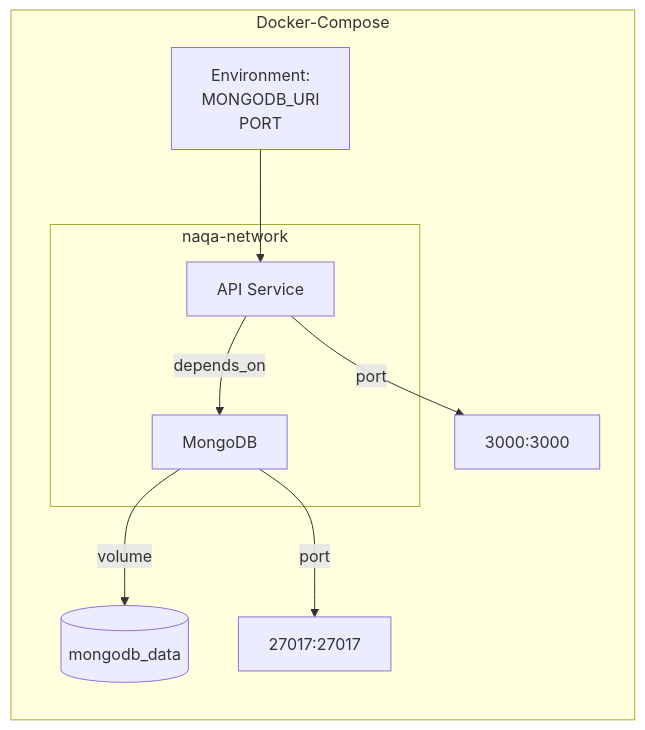
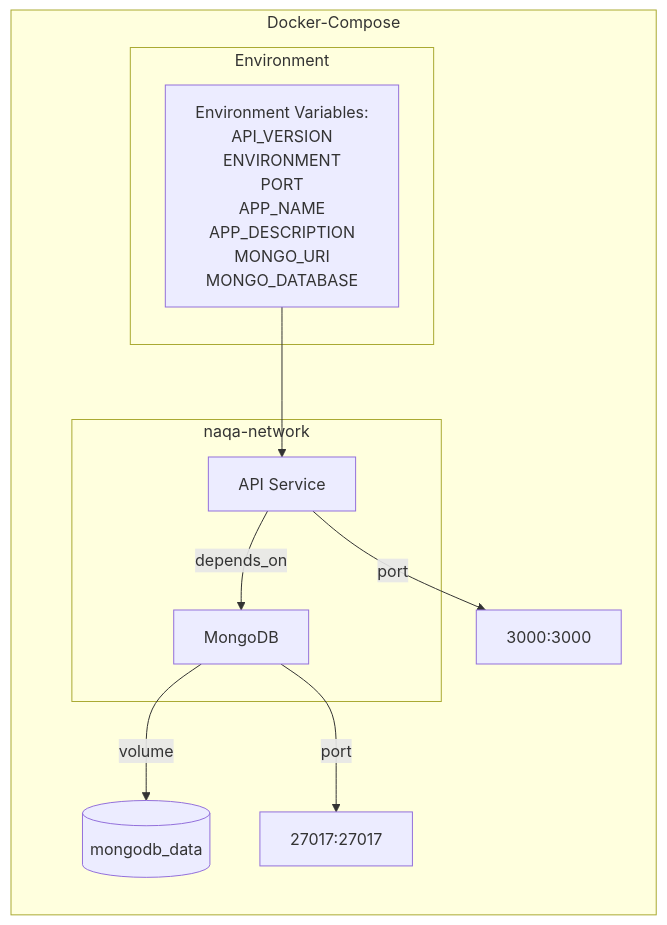
One commit to anqorithm/naqa-api changed the second of 3 diagrams in README.md. Above: the diagram before and after it, drawn with Mermaid. The commit also changed other lines of this file and 5 other files, not shown here.

````diff
--- a/README.md
+++ b/README.md
@@ -426,18 +428,22 @@
 ```mermaid
 graph LR
     subgraph Docker-Compose
         subgraph naqa-network
             api[API Service]
             mongo[MongoDB]
             api --> |depends_on| mongo
         end
         
         volume[(mongodb_data)]
         mongo --> |volume| volume
         
         api --> |port| port1[3000:3000]
         mongo --> |port| port2[27017:27017]
         
-        env1[Environment:<br/>MONGODB_URI<br/>PORT] --> api
+        subgraph Environment
+            env[Environment Variables:<br/>API_VERSION<br/>ENVIRONMENT<br/>PORT<br/>APP_NAME<br/>APP_DESCRIPTION<br/>MONGO_URI<br/>MONGO_DATABASE]
+        end
+        
+        env --> api
     end
 ```
````
